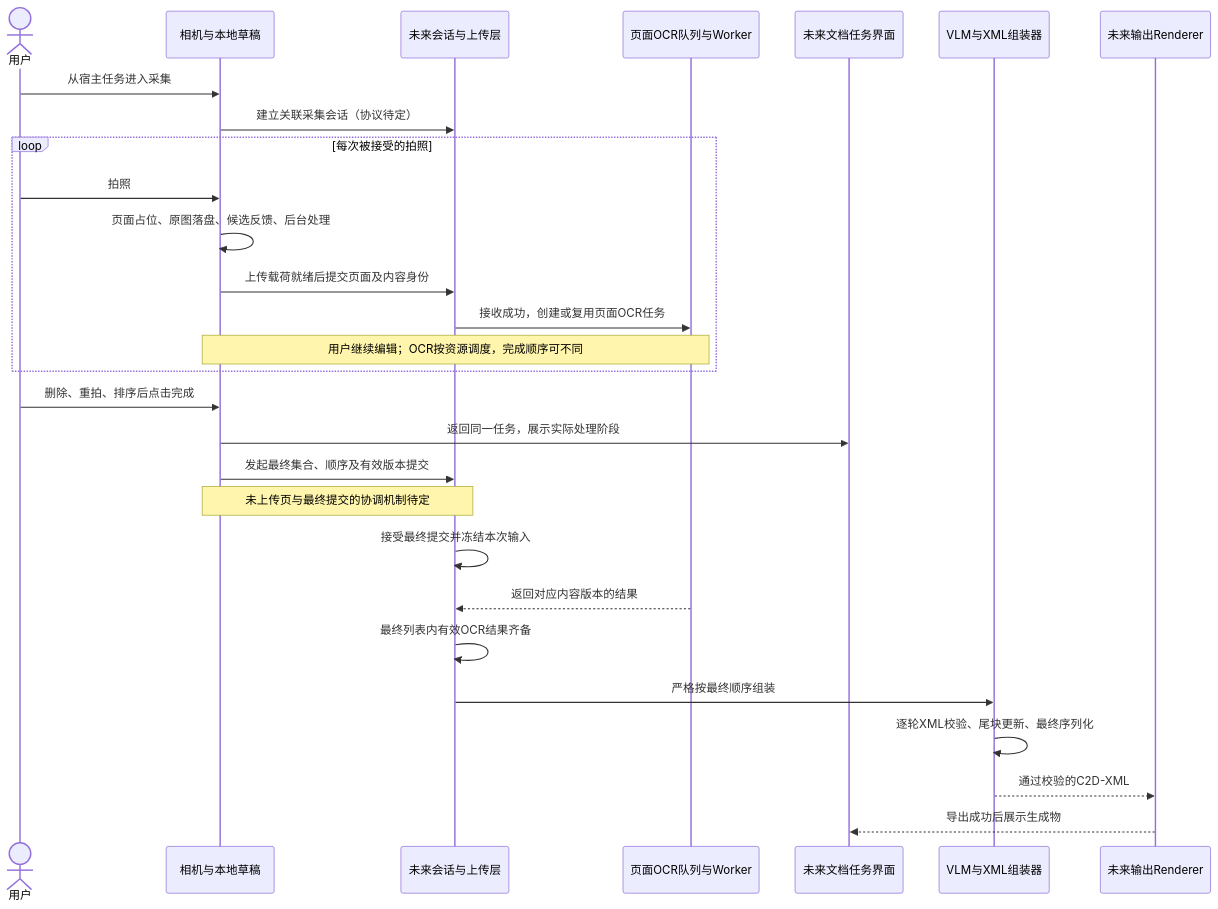
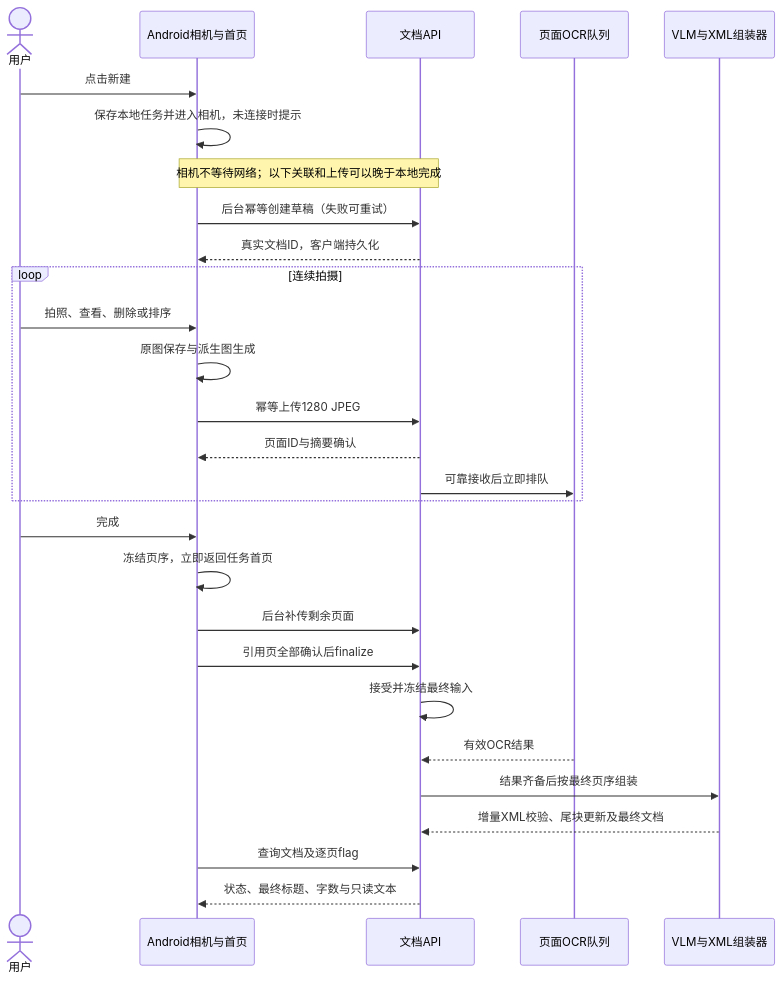
One commit to liuzijian-cs/capture2doc changed the second of 2 diagrams in docs/capture_pipeline.md. Above: the diagram before and after it, drawn with Mermaid. The commit also changed other lines of this file and 48 other files, not shown here.

````diff
--- a/docs/capture_pipeline.md
+++ b/docs/capture_pipeline.md
@@ -69,30 +67,30 @@
 ```mermaid
 sequenceDiagram
     actor User as 用户
-    participant App as 相机与本地草稿
-    participant API as 未来会话与上传层
-    participant OCR as 页面OCR队列与Worker
-    participant Task as 未来文档任务界面
+    participant App as Android相机与首页
+    participant API as 文档API
+    participant OCR as 页面OCR队列
     participant VLM as VLM与XML组装器
-    participant Renderer as 未来输出Renderer
-    User->>App: 从宿主任务进入采集
-    App->>API: 建立关联采集会话（协议待定）
-    loop 每次被接受的拍照
-        User->>App: 拍照
-        App->>App: 页面占位、原图落盘、候选反馈、后台处理
-        App->>API: 上传载荷就绪后提交页面及内容身份
-        API->>OCR: 接收成功，创建或复用页面OCR任务
-        Note over App,OCR: 用户继续编辑；OCR按资源调度，完成顺序可不同
+    User->>App: 点击新建
+    App->>App: 保存本地任务并进入相机，未连接时提示
+    Note over App,API: 相机不等待网络；以下关联和上传可以晚于本地完成
+    App->>API: 后台幂等创建草稿（失败可重试）
+    API-->>App: 真实文档ID，客户端持久化
+    loop 连续拍摄
+        User->>App: 拍照、查看、删除或排序
+        App->>App: 原图保存与派生图生成
+        App->>API: 幂等上传1280 JPEG
+        API-->>App: 页面ID与摘要确认
+        API->>OCR: 可靠接收后立即排队
     end
-    User->>App: 删除、重拍、排序后点击完成
-    App->>Task: 返回同一任务，展示实际处理阶段
-    App->>API: 发起最终集合、顺序及有效版本提交
-    Note over App,API: 未上传页与最终提交的协调机制待定
-    API->>API: 接受最终提交并冻结本次输入
-    OCR-->>API: 返回对应内容版本的结果
-    API->>API: 最终列表内有效OCR结果齐备
-    API->>VLM: 严格按最终顺序组装
-    VLM->>VLM: 逐轮XML校验、尾块更新、最终序列化
-    VLM-->>Renderer: 通过校验的C2D-XML
-    Renderer-->>Task: 导出成功后展示生成物
+    User->>App: 完成
+    App->>App: 冻结页序，立即返回任务首页
+    App->>API: 后台补传剩余页面
+    App->>API: 引用页全部确认后finalize
+    API->>API: 接受并冻结最终输入
+    OCR-->>API: 有效OCR结果
+    API->>VLM: 结果齐备后按最终页序组装
+    VLM-->>API: 增量XML校验、尾块更新及最终文档
+    App->>API: 查询文档及逐页flag
+    API-->>App: 状态、最终标题、字数与只读文本
 ```
````
